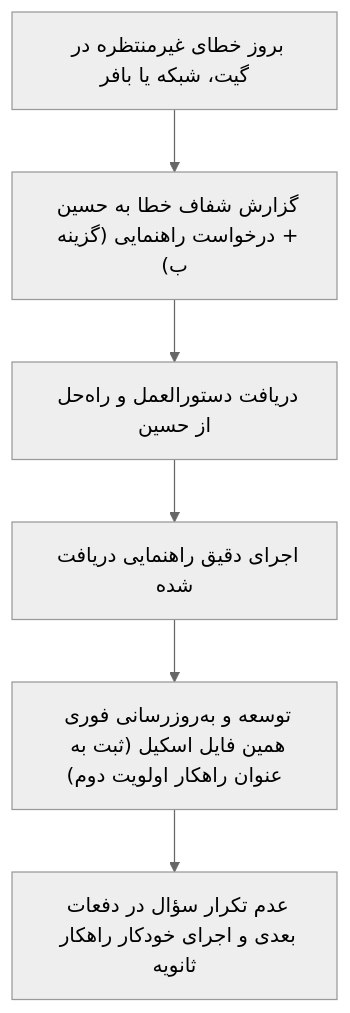
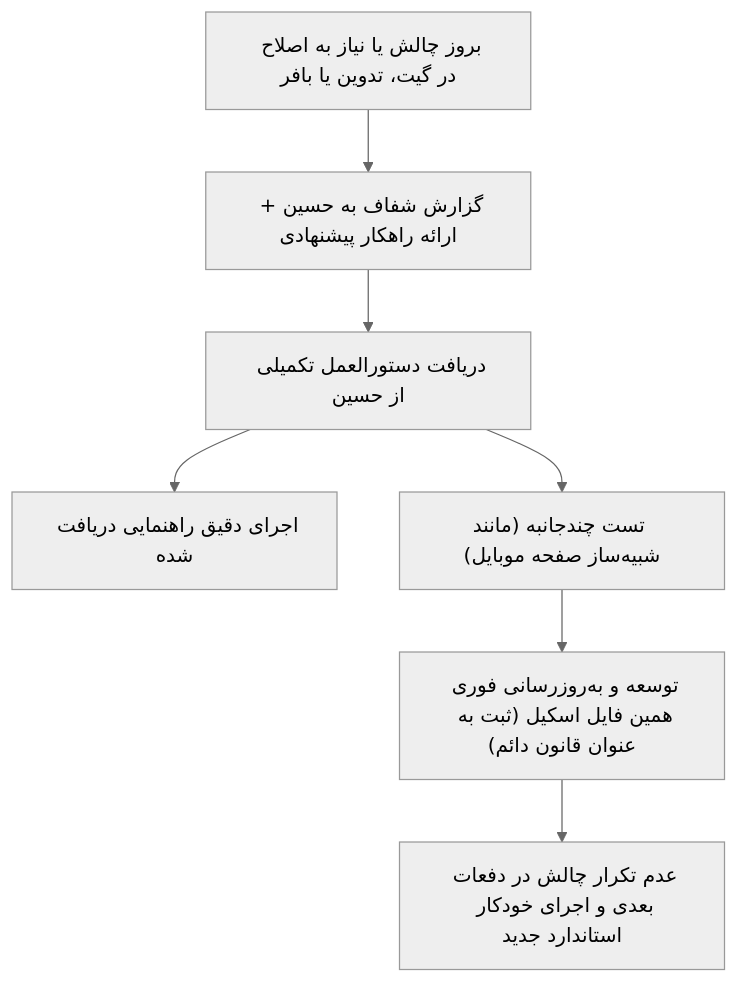
The diagram in templates/machinedesign-social-workflow.md (GreatFooliao111/machinedesign-social-assets), drawn with Mermaid (neutral theme) before and after one commit. The commit also changed other lines of this file and 4 other files, not shown here.

````diff
--- a/templates/machinedesign-social-workflow.md
+++ b/templates/machinedesign-social-workflow.md
@@ -138,8 +241,9 @@
 ```mermaid
 flowchart TD
-    Error["بروز خطای غیرمنتظره در گیت، شبکه یا بافر"] --> Report["گزارش شفاف خطا به حسین + درخواست راهنمایی (گزینه ب)"]
-    Report --> Receive["دریافت دستورالعمل و راه‌حل از حسین"]
+    Error["بروز چالش یا نیاز به اصلاح در گیت، تدوین یا بافر"] --> Report["گزارش شفاف به حسین + ارائه راهکار پیشنهادی"]
+    Report --> Receive["دریافت دستورالعمل تکمیلی از حسین"]
     Receive --> Execute["اجرای دقیق راهنمایی دریافت شده"]
-    Execute --> UpdateSkill["توسعه و به‌روزرسانی فوری همین فایل اسکیل (ثبت به عنوان راهکار اولویت دوم)"]
-    UpdateSkill --> Autonomous["عدم تکرار سؤال در دفعات بعدی و اجرای خودکار راهکار ثانویه"]
+    Receive --> Verify["تست چندجانبه (مانند شبیه‌ساز صفحه موبایل)"]
+    Verify --> UpdateSkill["توسعه و به‌روزرسانی فوری همین فایل اسکیل (ثبت به عنوان قانون دائم)"]
+    UpdateSkill --> Autonomous["عدم تکرار چالش در دفعات بعدی و اجرای خودکار استاندارد جدید"]
 ```
````
